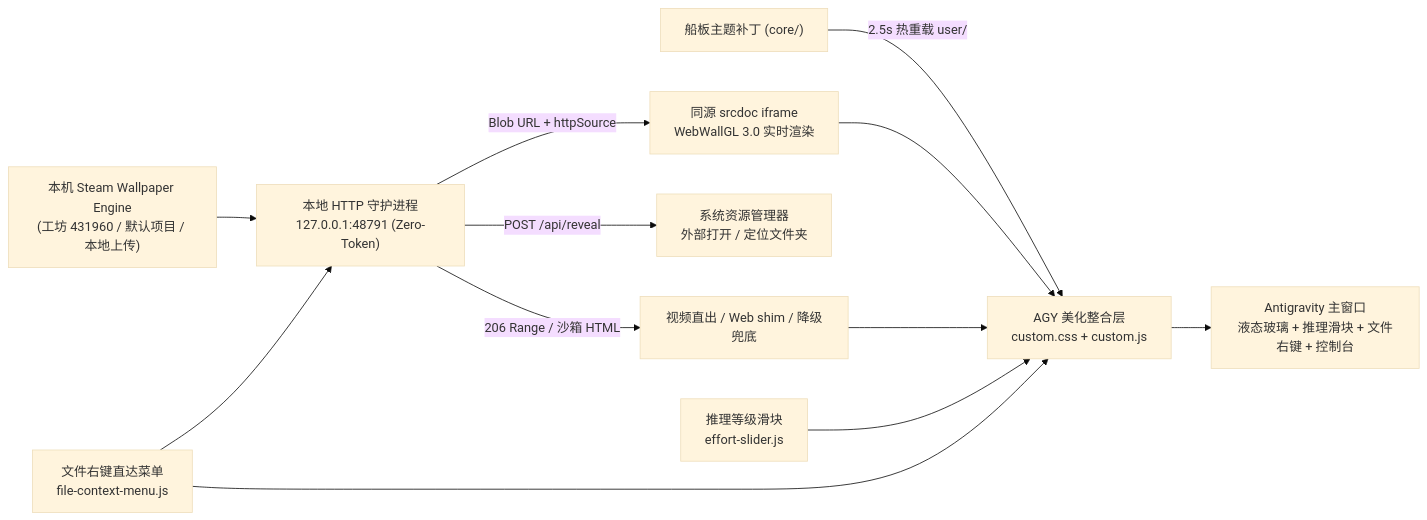
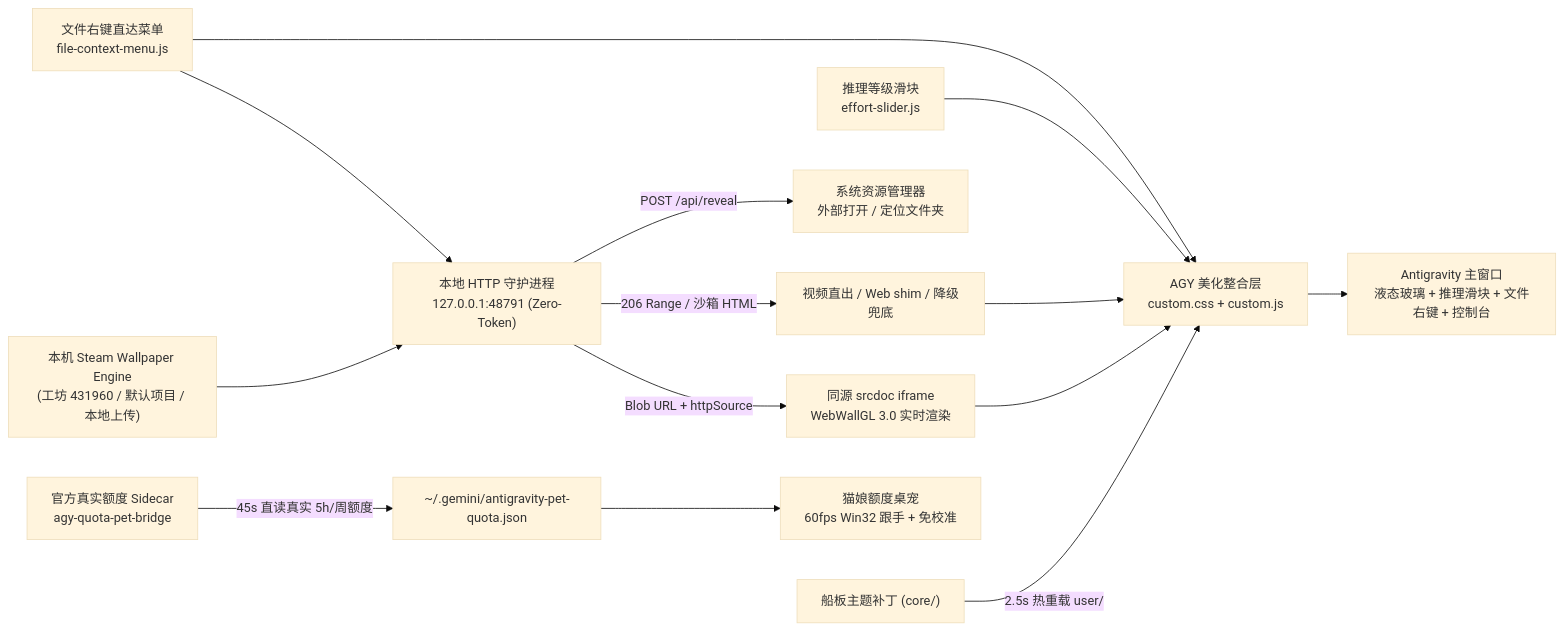
One commit to 3269890146/agy-enhance-suite changed the diagram in README.md. Above: the diagram before and after it, drawn with Mermaid (base theme). The commit also changed other lines of this file and 6 other files, not shown here.

Commit message:
feat(quota-pet): bundle official Sidecar real-quota bridge and Windows 60fps follow patch

````diff
--- a/README.md
+++ b/README.md
@@ -32,14 +35,16 @@
 ```mermaid
 flowchart LR
     WE["本机 Steam Wallpaper Engine\n(工坊 431960 / 默认项目 / 本地上传)"] --> Daemon["本地 HTTP 守护进程\n127.0.0.1:48791 (Zero-Token)"]
     Daemon -->|Blob URL + httpSource| WebWallGL["同源 srcdoc iframe\nWebWallGL 3.0 实时渲染"]
     Daemon -->|206 Range / 沙箱 HTML| Media["视频直出 / Web shim / 降级兜底"]
     Daemon -->|POST /api/reveal| Explorer["系统资源管理器\n外部打开 / 定位文件夹"]
     Chuanban["船板主题补丁 (core/)"] -->|2.5s 热重载 user/| Bridge["AGY 美化整合层\ncustom.css + custom.js"]
     WebWallGL --> Bridge
     Media --> Bridge
     Effort["推理等级滑块\neffort-slider.js"] --> Bridge
     FCM["文件右键直达菜单\nfile-context-menu.js"] --> Bridge
     FCM --> Daemon
     Bridge --> UI["Antigravity 主窗口\n液态玻璃 + 推理滑块 + 文件右键 + 控制台"]
+    Sidecar["官方真实额度 Sidecar\nagy-quota-pet-bridge"] -->|45s 直读真实 5h/周额度| PetFile["~/.gemini/antigravity-pet-quota.json"]
+    PetFile --> Pet["猫娘额度桌宠\n60fps Win32 跟手 + 免校准"]
 ```
````
